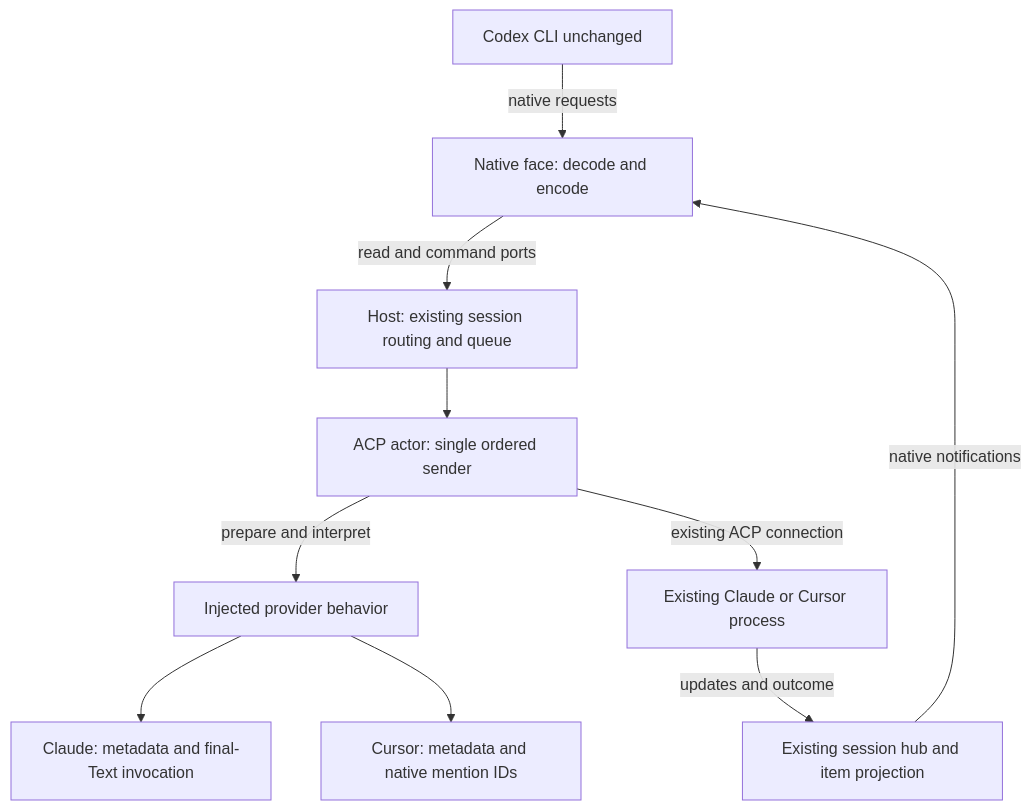
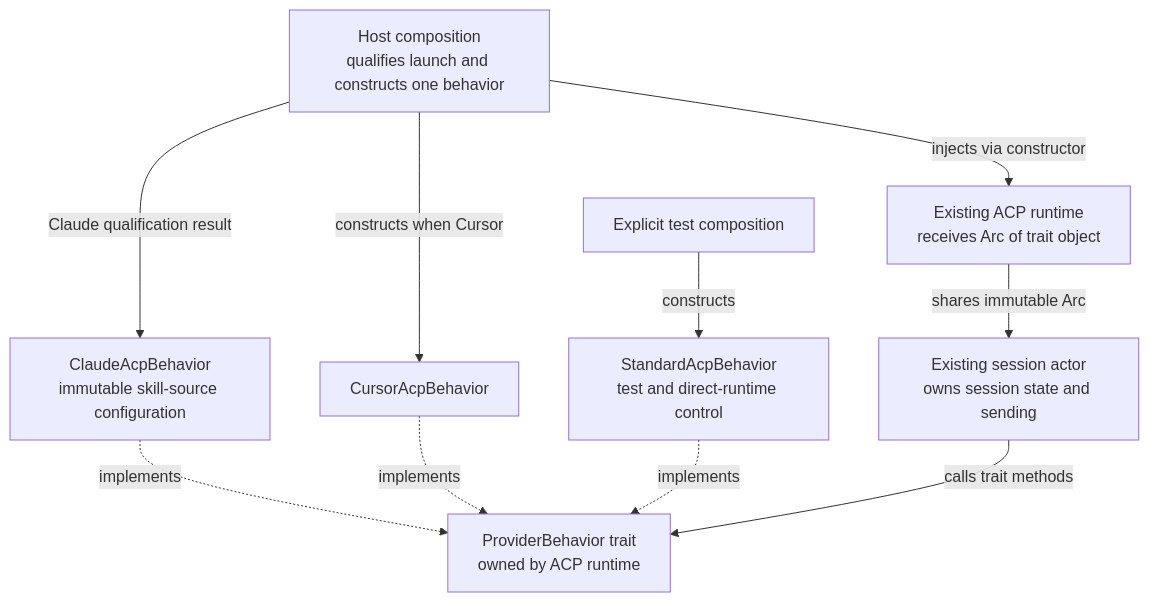
One commit to agent-collaboration/agent-collaboration changed the first of 4 diagrams in docs/specs/2026-10-28-codex-acp-providers/program-design.md. Above: the diagram before and after it, drawn with Mermaid. The commit also changed other lines of this file and 12 other files, not shown here.

Commit message:
Clarify provider trait DI and parallel TUI verification plan

````diff
--- a/docs/specs/2026-10-28-codex-acp-providers/program-design.md
+++ b/docs/specs/2026-10-28-codex-acp-providers/program-design.md
@@ -5,12 +5,12 @@
 ```mermaid
 flowchart TD
-  CLI["Codex CLI unchanged"] -->|native requests| Face["Native face: decode and encode"]
-  Face -->|read and command ports| Host["Host: existing session routing and queue"]
-  Host --> Actor["ACP actor: single ordered sender"]
-  Actor -->|prepare and interpret| Trait["Injected provider behavior"]
-  Trait --> Claude["Claude: metadata and final-Text invocation"]
-  Trait --> Cursor["Cursor: metadata and native mention IDs"]
-  Actor -->|existing ACP connection| Provider["Existing Claude or Cursor process"]
-  Provider -->|updates and outcome| Hub["Existing session hub and item projection"]
-  Hub -->|native notifications| Face
+  Host["Host composition<br/>qualifies launch and constructs one behavior"] -->|Claude qualification result| Claude["ClaudeAcpBehavior<br/>immutable skill-source configuration"]
+  Host -->|constructs when Cursor| Cursor["CursorAcpBehavior"]
+  Tests["Explicit test composition"] -->|constructs| Default["StandardAcpBehavior<br/>test and direct-runtime control"]
+  Claude -.->|implements| Trait["ProviderBehavior trait<br/>owned by ACP runtime"]
+  Cursor -.->|implements| Trait
+  Default -.->|implements| Trait
+  Host -->|injects via constructor| Runtime["Existing ACP runtime<br/>receives Arc of trait object"]
+  Runtime -->|shares immutable Arc| Actor["Existing session actor<br/>owns session state and sending"]
+  Actor -->|calls trait methods| Trait
 ```
````
